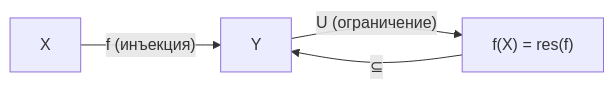
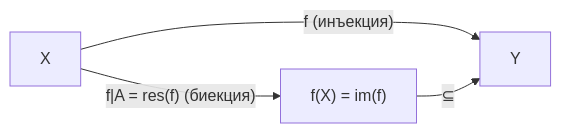
The second of 2 diagrams in Конспекты/2026-09-08 - Математический анализ - Лекция 1, отношения, эквивалентность, порядок, индукция, мощности и счётность.md (Kefirleos/itmo-vault), drawn with Mermaid before and after one commit. The commit also changed other lines of this file and 1 other file, not shown here.

````diff
--- a/Конспекты/2026-09-08 - Математический анализ - Лекция 1, отношения, эквивалентность, порядок, индукция, мощности и счётность.md
+++ b/Конспекты/2026-09-08 - Математический анализ - Лекция 1, отношения, эквивалентность, порядок, индукция, мощности и счётность.md
@@ -404,6 +454,6 @@
 ```mermaid
 graph LR
     X["X"] -->|"f (инъекция)"| Y["Y"]
-    Y -->|"U (ограничение)"| ImF["f(X) = res(f)"]
+    X -->|"f|A = res(f) (биекция)"| ImF["f(X) = im(f)"]
     ImF -->|"⊆"| Y
 ```
````
